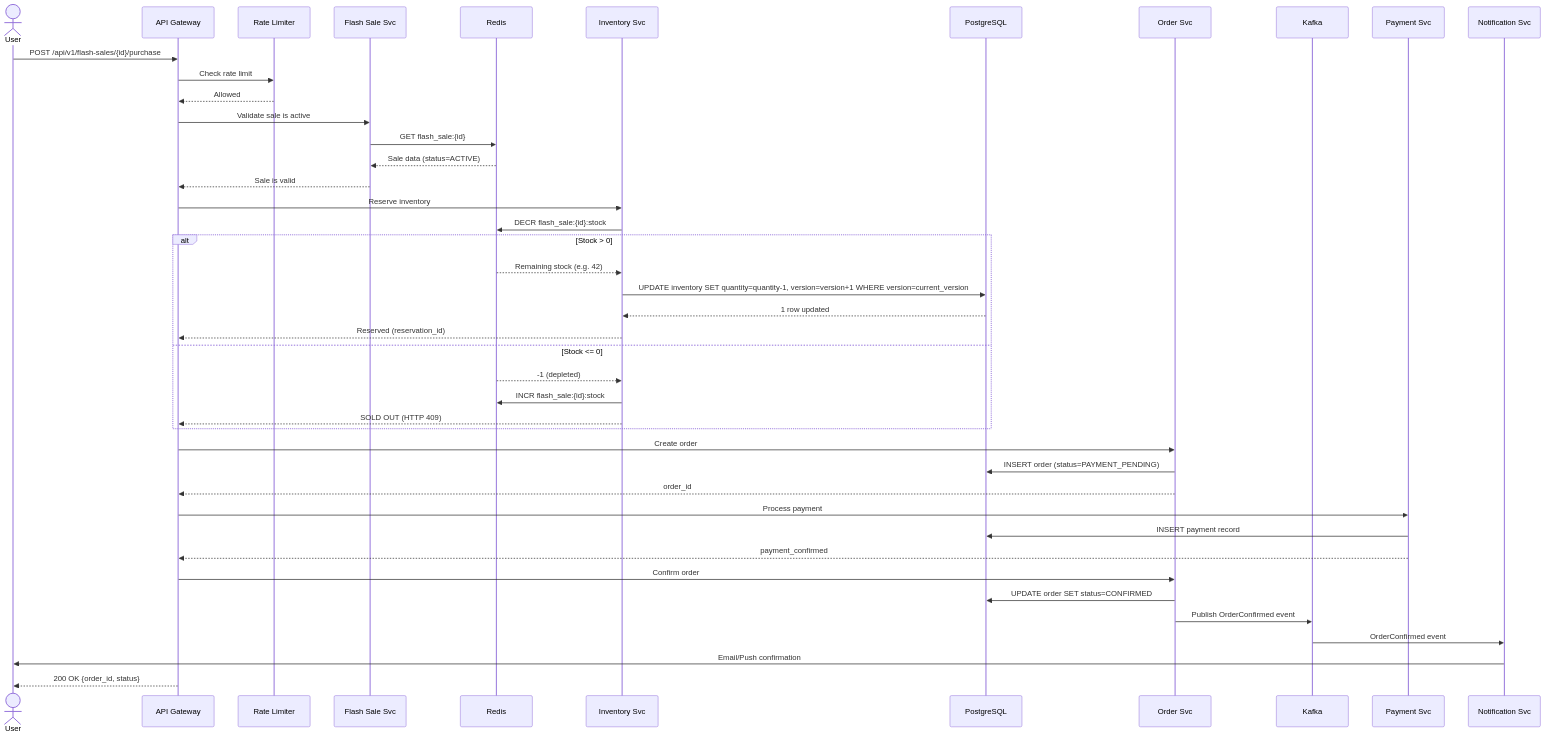
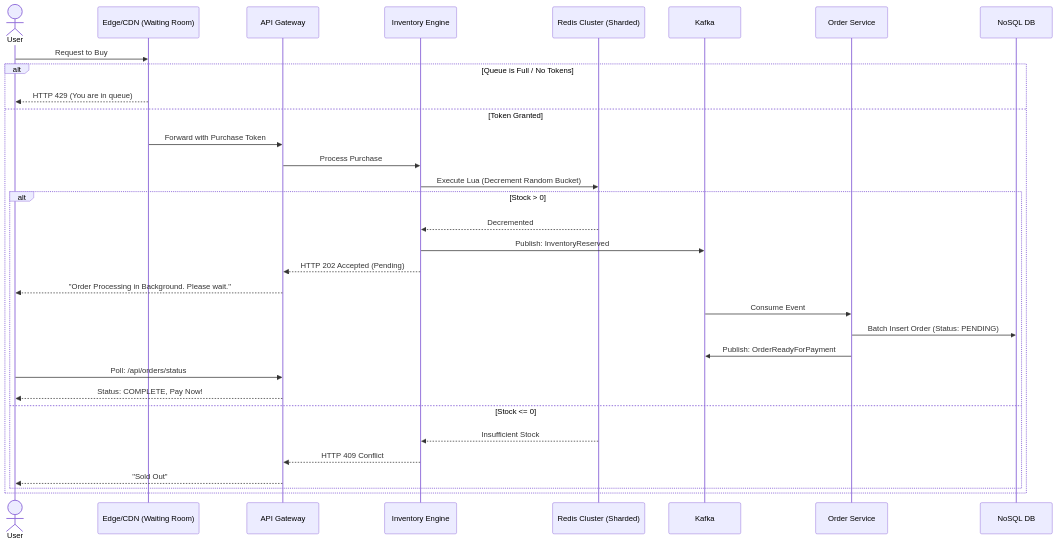
Before and after one commit to ravipandya15/System_Design_Concepts: the second of 2 diagrams in Design_Flash_Sale/HLD.md, drawn with Mermaid. The commit also changed other lines of this file and 4 other files, not shown here.

Commit message:
HLD Changes for Flash sale

````diff
--- a/Design_Flash_Sale/HLD.md
+++ b/Design_Flash_Sale/HLD.md
@@ -190,53 +103,39 @@
 ```mermaid
 sequenceDiagram
     actor User
+    participant EDGE as Edge/CDN (Waiting Room)
     participant GW as API Gateway
-    participant RL as Rate Limiter
-    participant FS as Flash Sale Svc
-    participant REDIS as Redis
-    participant INV as Inventory Svc
-    participant DB as PostgreSQL
-    participant ORD as Order Svc
+    participant INV as Inventory Engine
+    participant REDIS as Redis Cluster (Sharded)
     participant KAFKA as Kafka
-    participant PAY as Payment Svc
-    participant NOTIF as Notification Svc
+    participant ORD as Order Service
+    participant DB as NoSQL DB
 
-    User->>GW: POST /api/v1/flash-sales/{id}/purchase
-    GW->>RL: Check rate limit
-    RL-->>GW: Allowed
-
-    GW->>FS: Validate sale is active
-    FS->>REDIS: GET flash_sale:{id}
-    REDIS-->>FS: Sale data (status=ACTIVE)
-    FS-->>GW: Sale is valid
-
-    GW->>INV: Reserve inventory
-    INV->>REDIS: DECR flash_sale:{id}:stock
-    alt Stock > 0
-        REDIS-->>INV: Remaining stock (e.g. 42)
-        INV->>DB: UPDATE inventory SET quantity=quantity-1, version=version+1 WHERE version=current_version
-        DB-->>INV: 1 row updated
-        INV-->>GW: Reserved (reservation_id)
-    else Stock <= 0
-        REDIS-->>INV: -1 (depleted)
-        INV->>REDIS: INCR flash_sale:{id}:stock
-        INV-->>GW: SOLD OUT (HTTP 409)
+    User->>EDGE: Request to Buy
+    alt Queue is Full / No Tokens
+        EDGE-->>User: HTTP 429 (You are in queue)
+    else Token Granted
+        EDGE->>GW: Forward with Purchase Token
+        GW->>INV: Process Purchase
+        
+        INV->>REDIS: Execute Lua (Decrement Random Bucket)
+        alt Stock > 0
+            REDIS-->>INV: Decremented
+            INV->>KAFKA: Publish: InventoryReserved
+            INV-->>GW: HTTP 202 Accepted (Pending)
+            GW-->>User: "Order Processing in Background. Please wait."
+            
+            %% Async Flow
+            KAFKA->>ORD: Consume Event
+            ORD->>DB: Batch Insert Order (Status: PENDING)
+            ORD->>KAFKA: Publish: OrderReadyForPayment
+            
+            User->>GW: Poll: /api/orders/status
+            GW-->>User: Status: COMPLETE, Pay Now!
+        else Stock <= 0
+            REDIS-->>INV: Insufficient Stock
+            INV-->>GW: HTTP 409 Conflict
+            GW-->>User: "Sold Out"
+        end
     end
-
-    GW->>ORD: Create order
-    ORD->>DB: INSERT order (status=PAYMENT_PENDING)
-    ORD-->>GW: order_id
-
-    GW->>PAY: Process payment
-    PAY->>DB: INSERT payment record
-    PAY-->>GW: payment_confirmed
-
-    GW->>ORD: Confirm order
-    ORD->>DB: UPDATE order SET status=CONFIRMED
-    ORD->>KAFKA: Publish OrderConfirmed event
-
-    KAFKA->>NOTIF: OrderConfirmed event
-    NOTIF->>User: Email/Push confirmation
-
-    GW-->>User: 200 OK {order_id, status}
 ```
````
